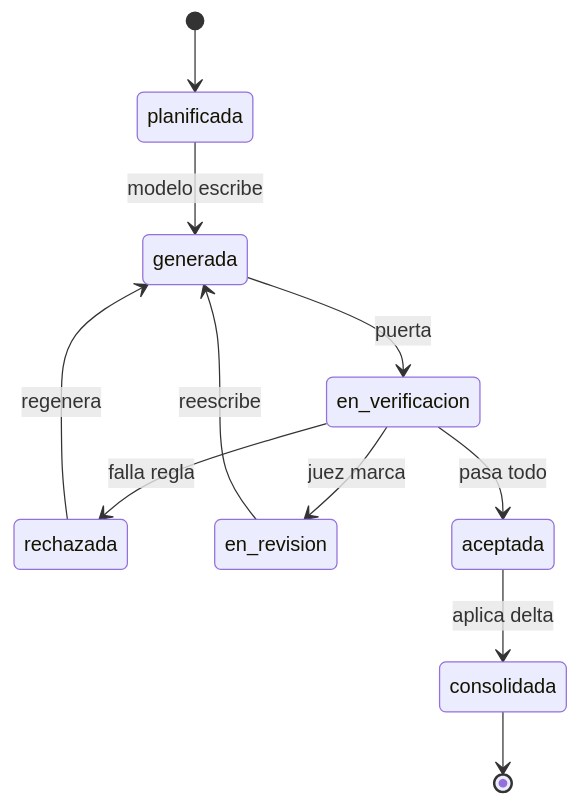
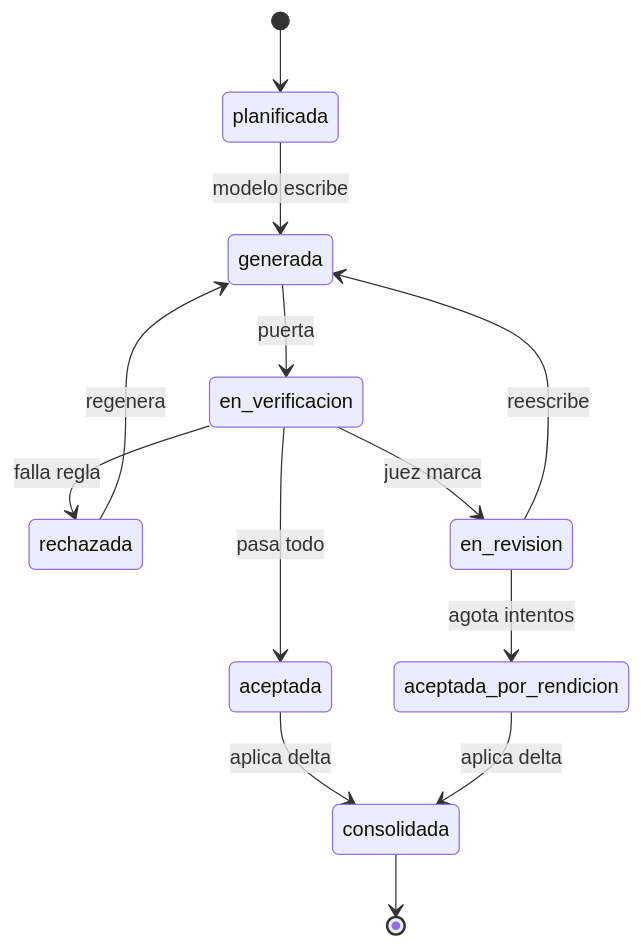
The eighth of 10 diagrams in Docs/domain-knowledge.md (SantiagoEspinosa-ai/My_novel_story), drawn with Mermaid before and after one commit. The commit also changed other lines of this file and 3 other files, not shown here.

First line of the commit message:
Cerrar SPEC-10: aceptada_por_rendicion y FraseRecurrente

````diff
--- a/Docs/domain-knowledge.md
+++ b/Docs/domain-knowledge.md
@@ -159,20 +160,23 @@
 ```mermaid
 stateDiagram-v2
   state "planificada" as planificada
   state "generada" as generada
   state "en_verificacion" as en_verificacion
   state "rechazada" as rechazada
   state "en_revision" as en_revision
   state "aceptada" as aceptada
+  state "aceptada_por_rendicion" as aceptada_por_rendicion
   state "consolidada" as consolidada
   [*] --> planificada
   planificada --> generada: modelo escribe
   generada --> en_verificacion: puerta
   en_verificacion --> rechazada: falla regla
   en_verificacion --> en_revision: juez marca
   rechazada --> generada: regenera
   en_revision --> generada: reescribe
   en_verificacion --> aceptada: pasa todo
+  en_revision --> aceptada_por_rendicion: agota intentos
   aceptada --> consolidada: aplica delta
+  aceptada_por_rendicion --> consolidada: aplica delta
   consolidada --> [*]
 ```
````
